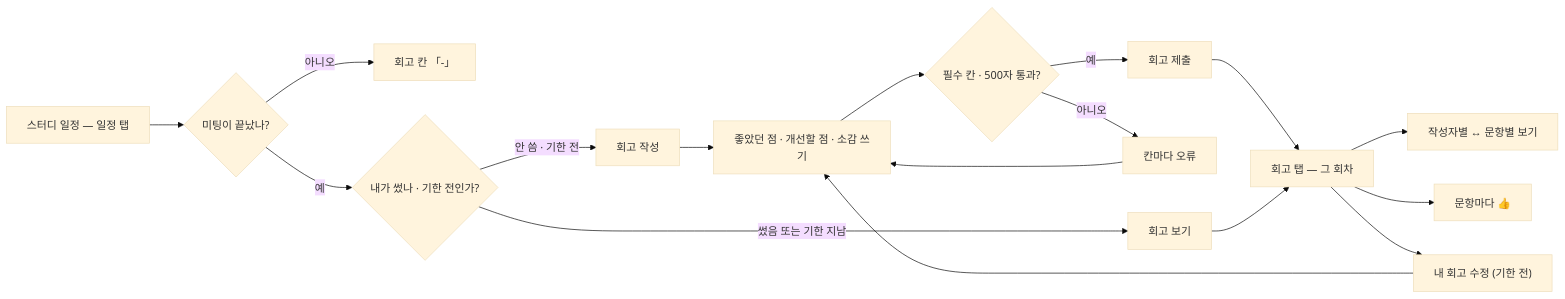
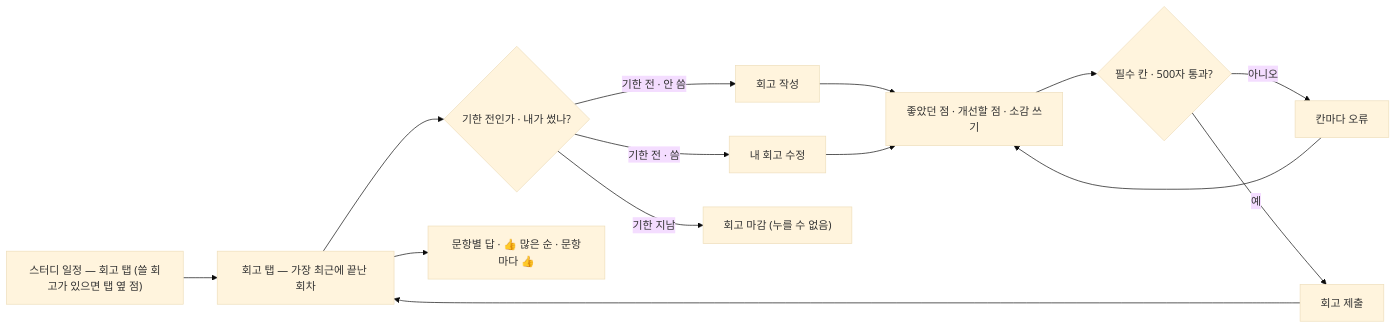
Before and after one commit to StudyClub-PlusPlus/studyclub-engineering: the diagram in 01-planning/stories/crew-write-meeting-retro/PRD.md, drawn with Mermaid (base theme). The commit also changed other lines of this file and 32 other files, not shown here.

First line of the commit message:
proto: 스터디 미팅 회고 후속 — 시간대 · 회고 탭 정리 · 콘솔 회고 탭 · 모아보기 문항별/표 (#535)

````diff
--- a/01-planning/stories/crew-write-meeting-retro/PRD.md
+++ b/01-planning/stories/crew-write-meeting-retro/PRD.md
@@ -13,16 +13,14 @@
 ```mermaid
 flowchart LR
-  A["스터디 일정 — 일정 탭"] --> B{"미팅이 끝났나?"}
-  B -->|아니오| C["회고 칸 「-」"]
-  B -->|예| D{"내가 썼나 · 기한 전인가?"}
-  D -->|"안 씀 · 기한 전"| E["회고 작성"]
-  D -->|"썼음 또는 기한 지남"| F["회고 보기"]
+  A["스터디 일정 — 회고 탭 (쓸 회고가 있으면 탭 옆 점)"] --> K["회고 탭 — 가장 최근에 끝난 회차"]
+  K --> D{"기한 전인가 · 내가 썼나?"}
+  D -->|"기한 전 · 안 씀"| E["회고 작성"]
+  D -->|"기한 전 · 씀"| N["내 회고 수정"]
+  D -->|"기한 지남"| X["회고 마감 (누를 수 없음)"]
   E --> G["좋았던 점 · 개선할 점 · 소감 쓰기"]
+  N --> G
   G --> H{"필수 칸 · 500자 통과?"}
   H -->|아니오| I["칸마다 오류"] --> G
-  H -->|예| J["회고 제출"] --> K["회고 탭 — 그 회차"]
-  F --> K
-  K --> L["작성자별 ↔ 문항별 보기"]
-  K --> M["문항마다 👍"]
-  K --> N["내 회고 수정 (기한 전)"] --> G
+  H -->|예| J["회고 제출"] --> K
+  K --> M["문항별 답 · 👍 많은 순 · 문항마다 👍"]
 ```
````
